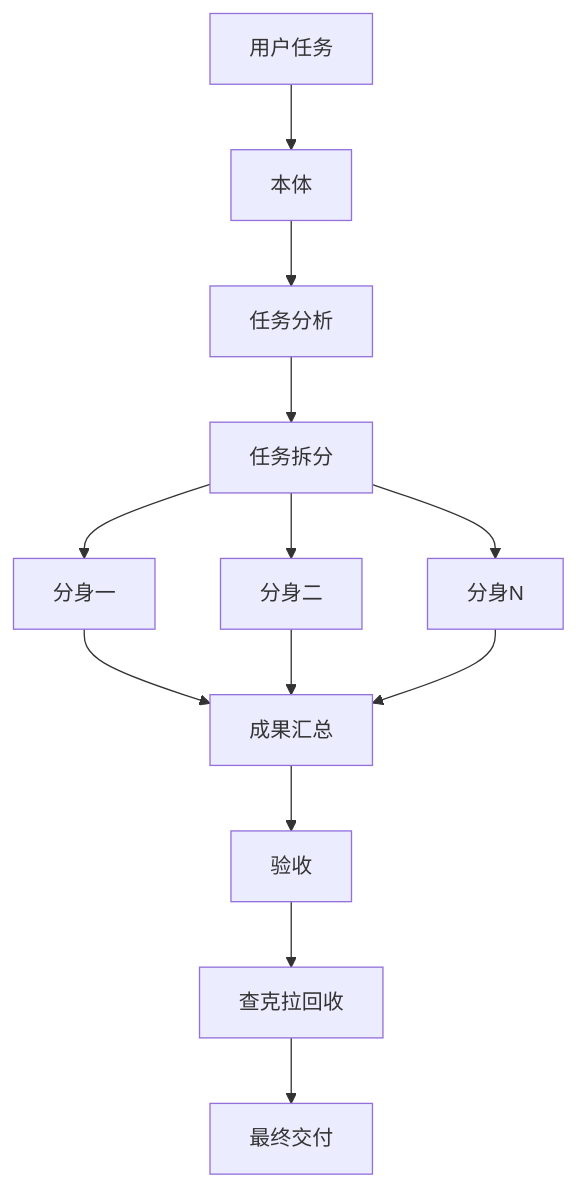
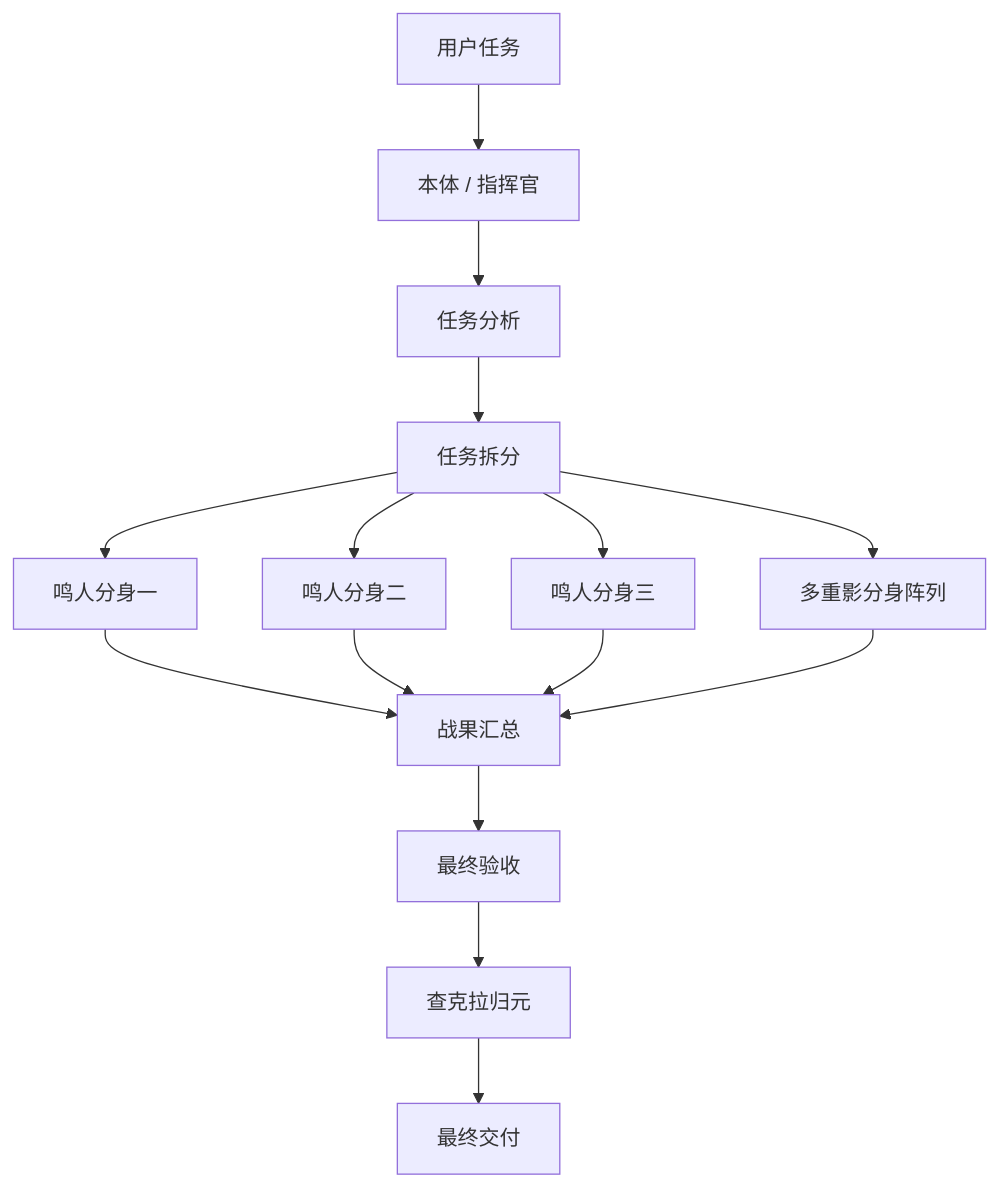
The first of 2 diagrams in README.zh-CN.md (danasong/shadow-clone), drawn with Mermaid before and after one commit. The commit also changed other lines of this file and 1 other file, not shown here.

````diff
--- a/README.zh-CN.md
+++ b/README.zh-CN.md
@@ -56,15 +151,17 @@
 ```mermaid
 flowchart TD
-    U[用户任务] --> M[本体]
+    U[用户任务] --> M[本体 / 指挥官]
     M --> A[任务分析]
     A --> S[任务拆分]
-    S --> C1[分身一]
-    S --> C2[分身二]
-    S --> C3[分身N]
-    C1 --> R[成果汇总]
+    S --> C1[鸣人分身一]
+    S --> C2[鸣人分身二]
+    S --> C3[鸣人分身三]
+    S --> CN[多重影分身阵列]
+    C1 --> R[战果汇总]
     C2 --> R
     C3 --> R
-    R --> V[验收]
-    V --> K[查克拉回收]
+    CN --> R
+    R --> V[最终验收]
+    V --> K[查克拉归元]
     K --> D[最终交付]
 ```
````
